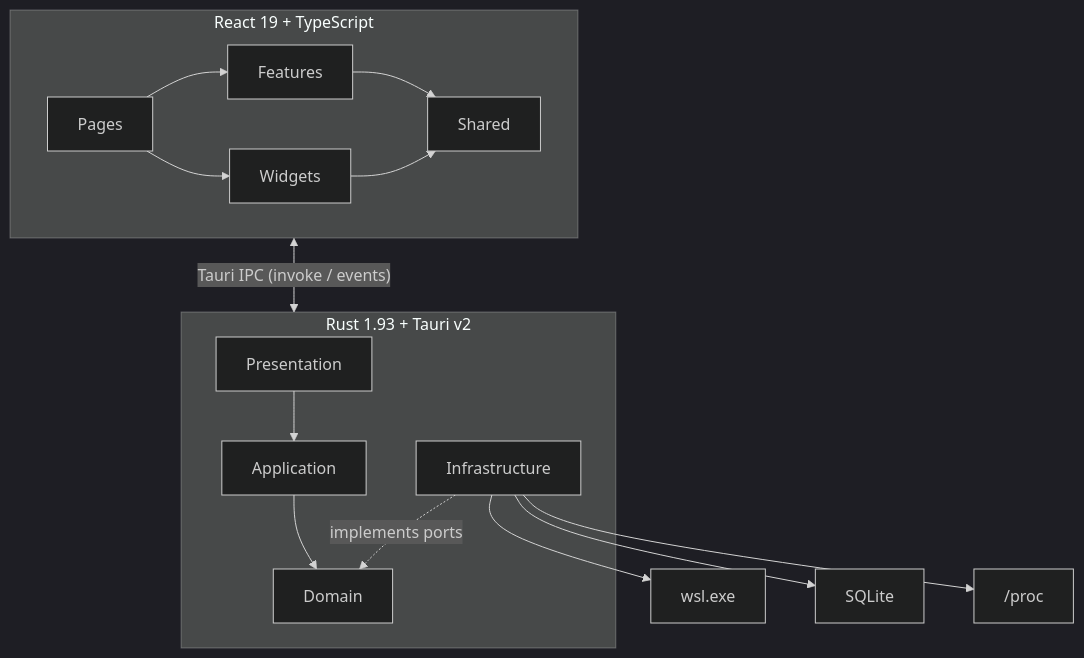
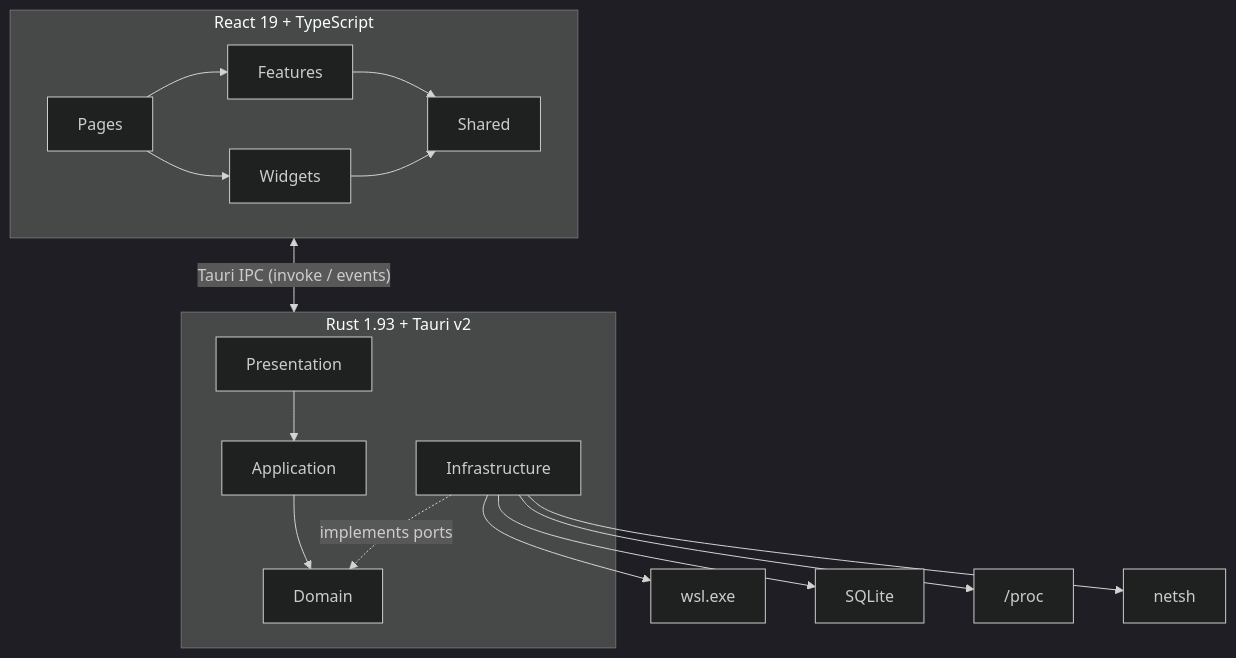
Before and after one commit to muchiny/wsl-dashboard: the first of 4 diagrams in README.md, drawn with Mermaid (dark theme). The commit also changed other lines of this file and 10 other files, not shown here.

````diff
--- a/README.md
+++ b/README.md
@@ -43,29 +47,30 @@
 ```mermaid
 graph TB
     subgraph Frontend["React 19 + TypeScript"]
         Pages["Pages"]
         Features["Features"]
         Widgets["Widgets"]
         Shared["Shared"]
         Pages --> Features
         Pages --> Widgets
         Features --> Shared
         Widgets --> Shared
     end
 
     subgraph Backend["Rust 1.93 + Tauri v2"]
         Presentation["Presentation"]
         Application["Application"]
         Domain["Domain"]
         Infrastructure["Infrastructure"]
         Presentation --> Application
         Application --> Domain
         Infrastructure -.->|implements ports| Domain
     end
 
     Frontend <-->|"Tauri IPC (invoke / events)"| Backend
 
     Infrastructure --> WSL["wsl.exe"]
     Infrastructure --> SQLite["SQLite"]
     Infrastructure --> ProcFS["/proc"]
+    Infrastructure --> Netsh["netsh"]
 ```
````
